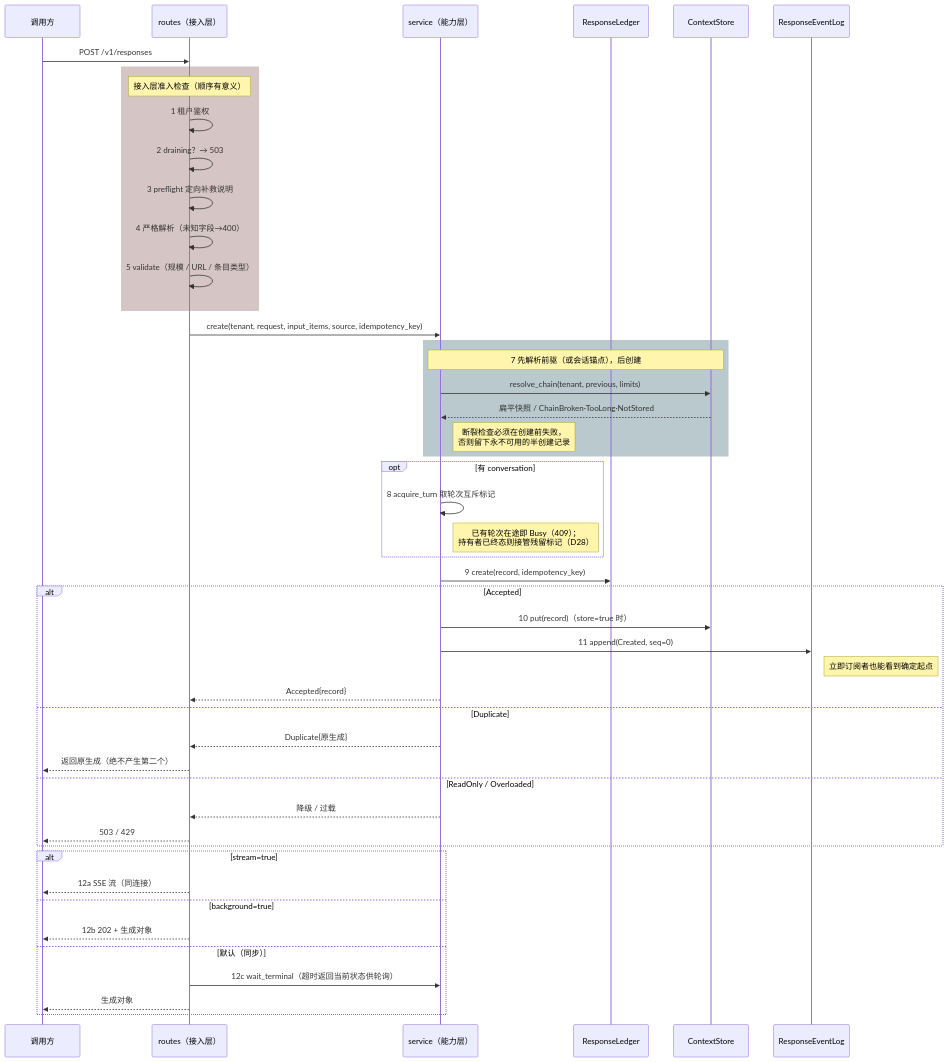
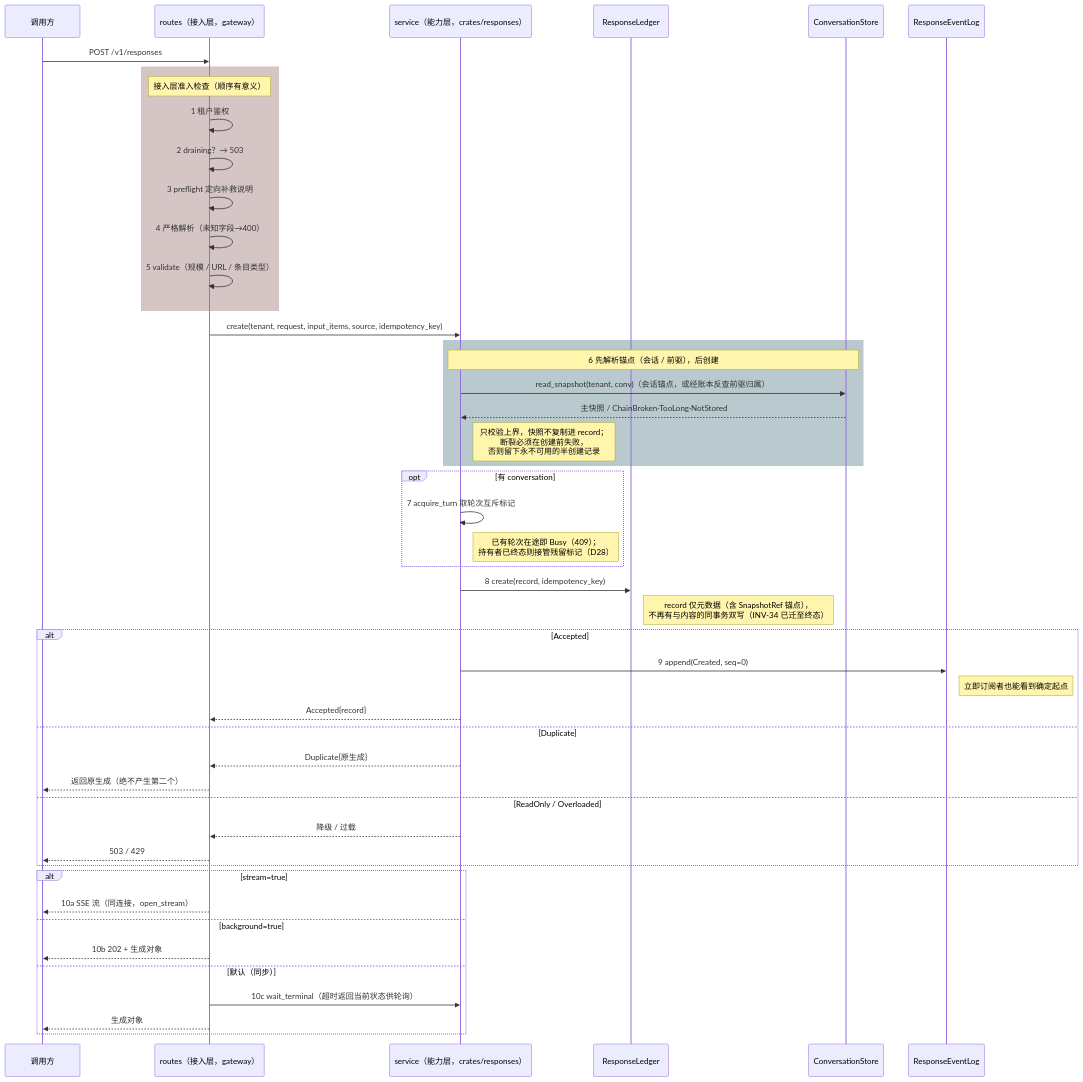
Before and after one commit to charleslyh/nova-chat: the third of 8 diagrams in docs/design/00-architecture-review.md, drawn with Mermaid. The commit also changed other lines of this file and 58 other files, not shown here.

First line of the commit message:
refactor(responses): split storage per D30 — responses on event stream, conversation holds durable snapshot

````diff
--- a/docs/design/00-architecture-review.md
+++ b/docs/design/00-architecture-review.md
@@ -299,57 +302,57 @@
 ```mermaid
 sequenceDiagram
     participant C as 调用方
-    participant R as routes（接入层）
-    participant V as service（能力层）
+    participant R as routes（接入层，gateway）
+    participant V as service（能力层，crates/responses）
     participant L as ResponseLedger
-    participant S as ContextStore
+    participant S as ConversationStore
     participant E as ResponseEventLog
 
     C->>R: POST /v1/responses
 
     rect rgba(92, 26, 26, 0.25)
     Note over R: 接入层准入检查（顺序有意义）
     R->>R: 1 租户鉴权
     R->>R: 2 draining？→ 503
     R->>R: 3 preflight 定向补救说明
     R->>R: 4 严格解析（未知字段→400）
     R->>R: 5 validate（规模 / URL / 条目类型）
     end
 
     R->>V: create(tenant, request, input_items, source, idempotency_key)
 
     rect rgba(26, 77, 92, 0.3)
-    Note over V,S: 7 先解析前驱（或会话锚点），后创建
-    V->>S: resolve_chain(tenant, previous, limits)
-    S-->>V: 扁平快照 / ChainBroken·TooLong·NotStored
-    Note right of V: 断裂检查必须在创建前失败，<br/>否则留下永不可用的半创建记录
+    Note over V,S: 6 先解析锚点（会话 / 前驱），后创建
+    V->>S: read_snapshot(tenant, conv)（会话锚点，或经账本反查前驱归属）
+    S-->>V: 主快照 / ChainBroken·TooLong·NotStored
+    Note right of V: 只校验上界，快照不复制进 record；<br/>断裂必须在创建前失败，<br/>否则留下永不可用的半创建记录
     end
 
     opt 有 conversation
-    V->>V: 8 acquire_turn 取轮次互斥标记
+    V->>V: 7 acquire_turn 取轮次互斥标记
     Note right of V: 已有轮次在途即 Busy（409）；<br/>持有者已终态则接管残留标记（D28）
     end
 
-    V->>L: 9 create(record, idempotency_key)
+    V->>L: 8 create(record, idempotency_key)
+    Note right of L: record 仅元数据（含 SnapshotRef 锚点），<br/>不再有与内容的同事务双写（INV-34 已迁至终态）
     alt Accepted
-        V->>S: 10 put(record)（store=true 时）
-        V->>E: 11 append(Created, seq=0)
+        V->>E: 9 append(Created, seq=0)
         Note right of E: 立即订阅者也能看到确定起点
         V-->>R: Accepted{record}
     else Duplicate
         V-->>R: Duplicate{原生成}
         R-->>C: 返回原生成（绝不产生第二个）
     else ReadOnly / Overloaded
         V-->>R: 降级 / 过载
         R-->>C: 503 / 429
     end
 
     alt stream=true
-        R-->>C: 12a SSE 流（同连接）
+        R-->>C: 10a SSE 流（同连接，open_stream）
     else background=true
-        R-->>C: 12b 202 + 生成对象
+        R-->>C: 10b 202 + 生成对象
     else 默认（同步）
-        R->>V: 12c wait_terminal（超时返回当前状态供轮询）
+        R->>V: 10c wait_terminal（超时返回当前状态供轮询）
         R-->>C: 生成对象
     end
 ```
````
